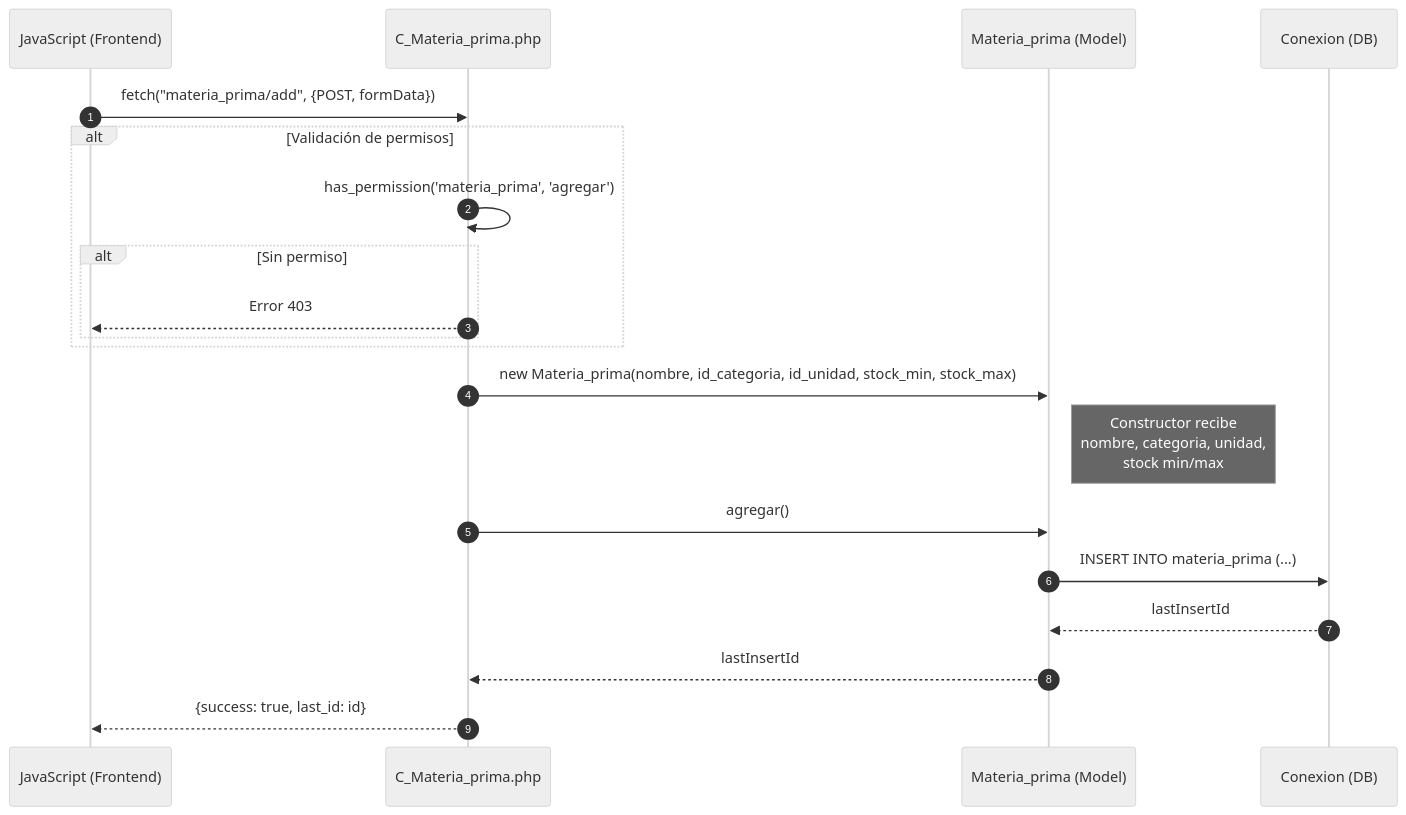
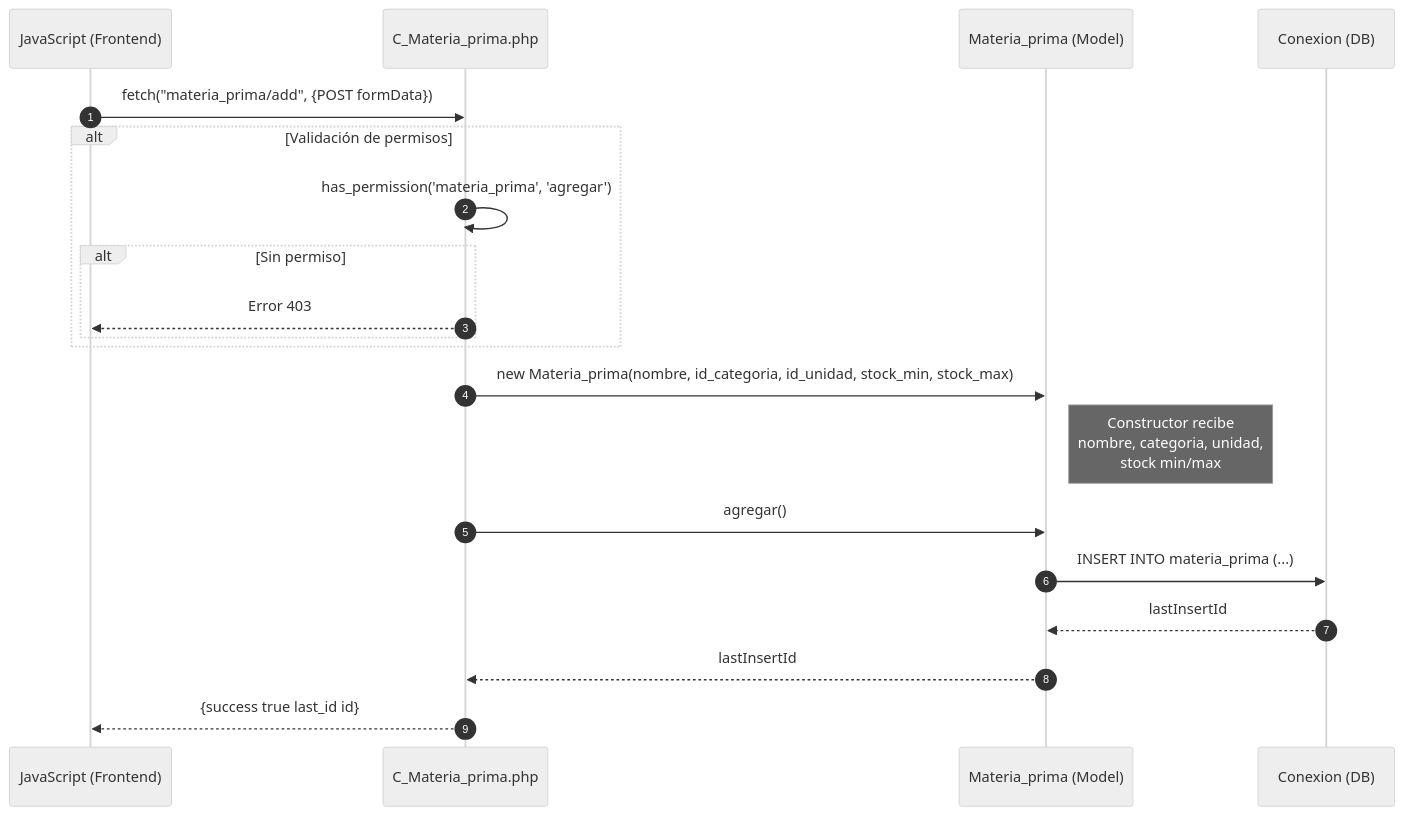
The first of 5 diagrams in docs/secuencia/materia_prima/materia_prima.md (Tecrato/BurgerHouse), drawn with Mermaid (neutral theme) before and after one commit. The commit also changed other lines of this file and 13 other files, not shown here.

Commit message:
diagramas de secuencia

````diff
--- a/docs/secuencia/materia_prima/materia_prima.md
+++ b/docs/secuencia/materia_prima/materia_prima.md
@@ -5,27 +5,27 @@
 ```mermaid
 sequenceDiagram
     autonumber
     participant JS as JavaScript (Frontend)
     participant C_Materia_prima as C_Materia_prima.php
     participant Materia_prima as Materia_prima (Model)
     participant DB as Conexion (DB)
     
-    JS->>C_Materia_prima: fetch("materia_prima/add", {POST, formData})
+    JS->>C_Materia_prima: fetch("materia_prima/add", {POST formData})
     
     alt Validación de permisos
         C_Materia_prima->>C_Materia_prima: has_permission('materia_prima', 'agregar')
         alt Sin permiso
             C_Materia_prima-->>JS: Error 403
         end
     end
     
     C_Materia_prima->>Materia_prima: new Materia_prima(nombre, id_categoria, id_unidad, stock_min, stock_max)
     Note right of Materia_prima: Constructor recibe<br/>nombre, categoria, unidad,<br/>stock min/max
     
     C_Materia_prima->>Materia_prima: agregar()
     Materia_prima->>DB: INSERT INTO materia_prima (...)
     DB-->>Materia_prima: lastInsertId
     Materia_prima-->>C_Materia_prima: lastInsertId
     
-    C_Materia_prima-->>JS: {success: true, last_id: id}
+    C_Materia_prima-->>JS: {success true last_id id}
 ```
````
